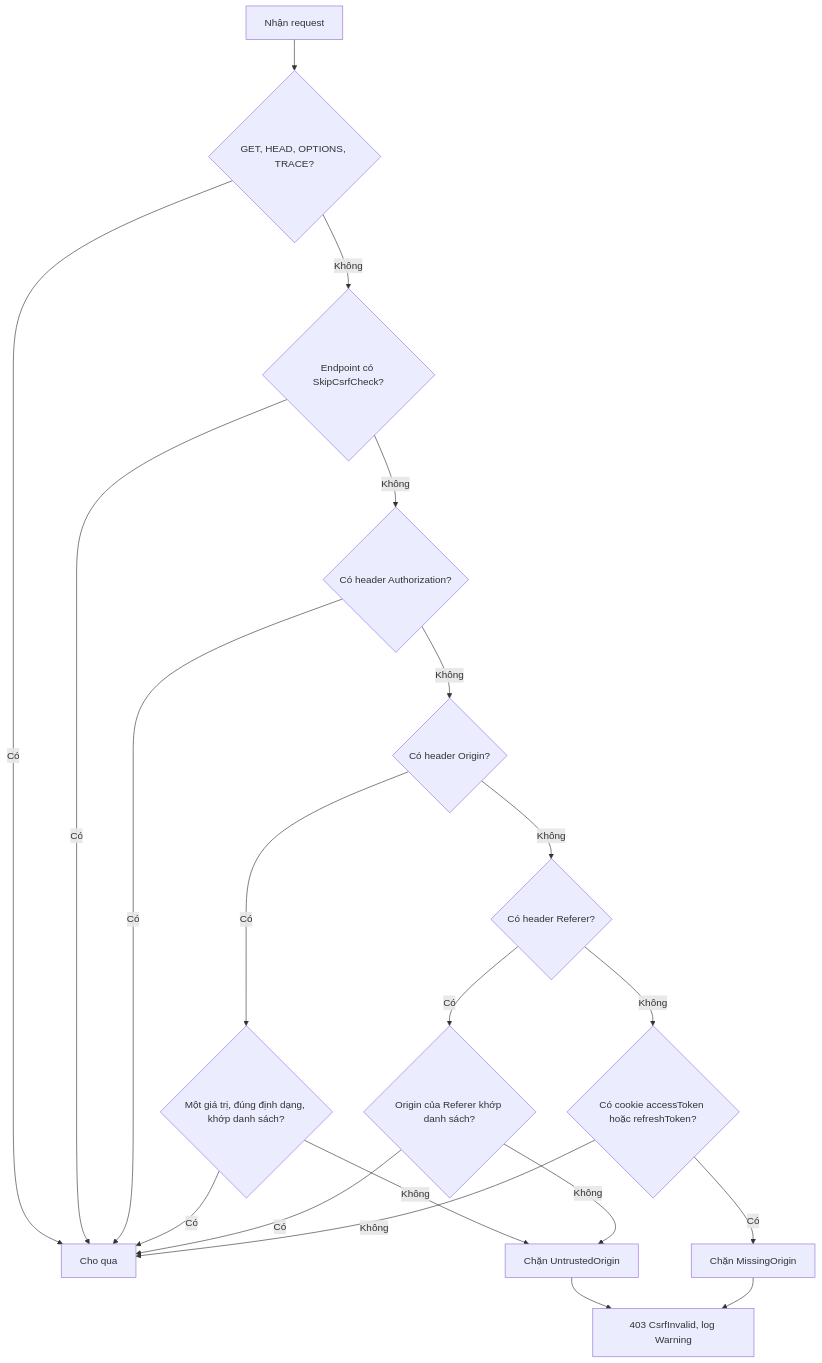
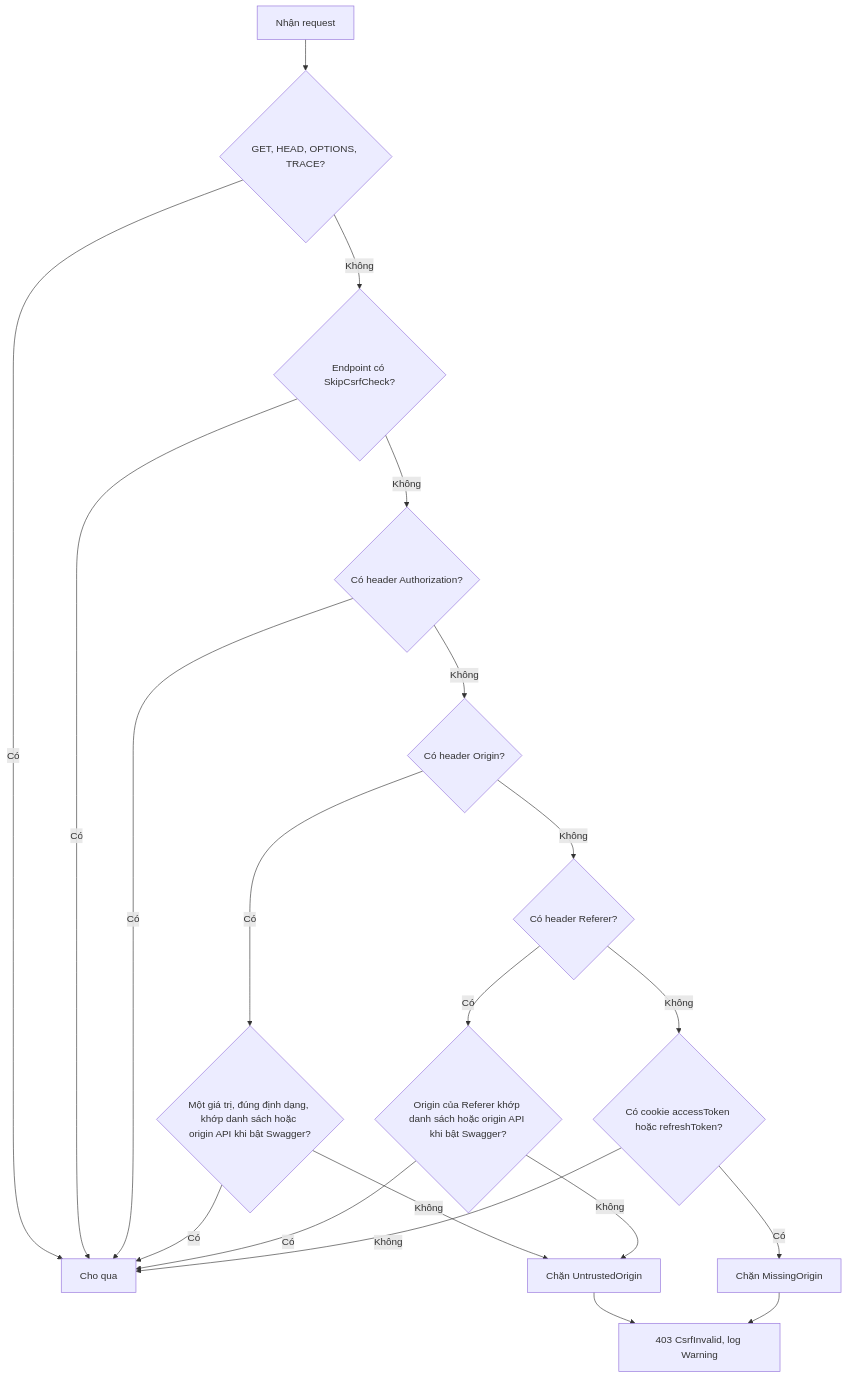
One commit to TaskCoper/bmt-documentation changed the third of 4 diagrams in tdd/TDD-AUTH-001.md. Above: the diagram before and after it, drawn with Mermaid. The commit also changed other lines of this file and 25 other files, not shown here.

````diff
--- a/tdd/TDD-AUTH-001.md
+++ b/tdd/TDD-AUTH-001.md
@@ -251,22 +297,22 @@
 ```mermaid
 flowchart TD
     A[Nhận request] --> B{GET, HEAD, OPTIONS, TRACE?}
     B -->|Có| OK[Cho qua]
     B -->|Không| C{Endpoint có SkipCsrfCheck?}
     C -->|Có| OK
     C -->|Không| D{Có header Authorization?}
     D -->|Có| OK
     D -->|Không| E{Có header Origin?}
-    E -->|Có| F{Một giá trị, đúng định dạng, khớp danh sách?}
+    E -->|Có| F{Một giá trị, đúng định dạng, khớp danh sách hoặc origin API khi bật Swagger?}
     F -->|Có| OK
     F -->|Không| X1[Chặn UntrustedOrigin]
     E -->|Không| G{Có header Referer?}
-    G -->|Có| H{Origin của Referer khớp danh sách?}
+    G -->|Có| H{Origin của Referer khớp danh sách hoặc origin API khi bật Swagger?}
     H -->|Có| OK
     H -->|Không| X1
     G -->|Không| I{Có cookie accessToken hoặc refreshToken?}
     I -->|Có| X2[Chặn MissingOrigin]
     I -->|Không| OK
     X1 --> R[403 CsrfInvalid, log Warning]
     X2 --> R
 ```
````
